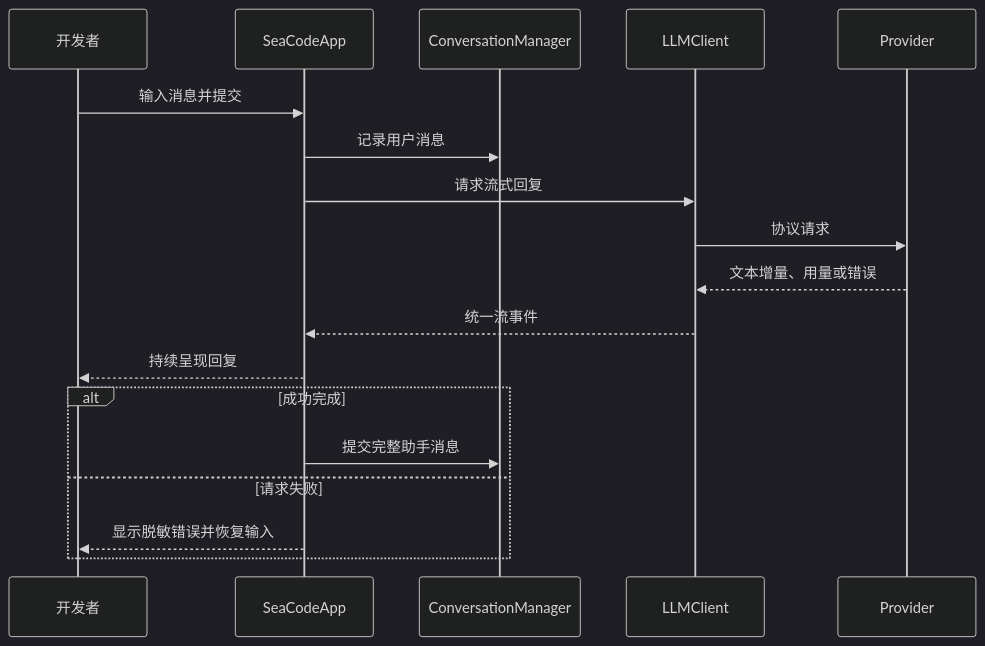
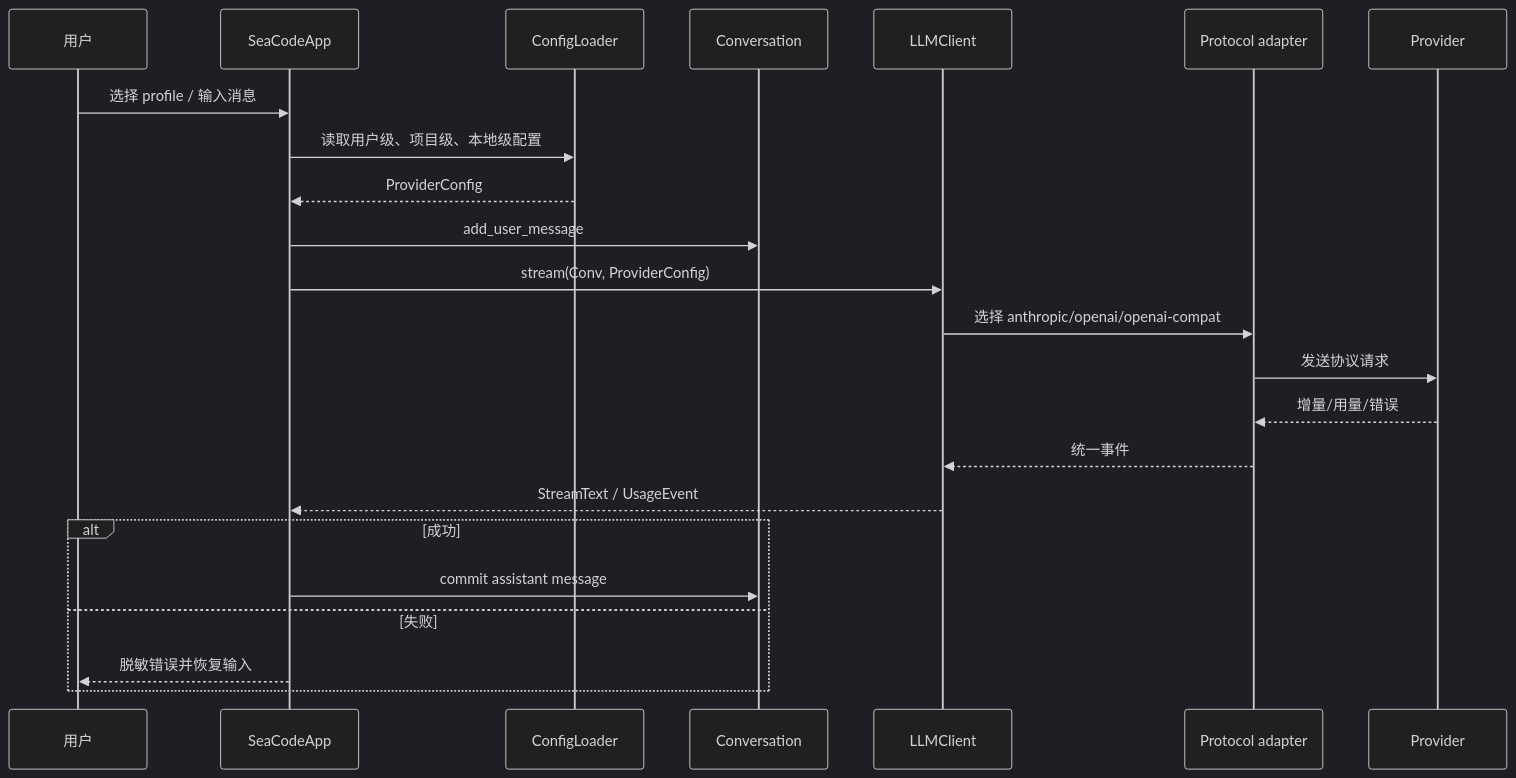
Before and after one commit to seaFall98/SeaCode: the fourth of 17 diagrams in docs-zh/Design-SeaCode.md, drawn with Mermaid (dark theme). The commit also changed other lines of this file and 10 other files, not shown here.

````diff
--- a/docs-zh/Design-SeaCode.md
+++ b/docs-zh/Design-SeaCode.md
@@ -94,21 +189,26 @@
 ```mermaid
 sequenceDiagram
-    participant U as 开发者
-    participant A as SeaCodeApp
-    participant C as ConversationManager
-    participant L as LLMClient
+    participant U as 用户
+    participant App as SeaCodeApp
+    participant Cfg as ConfigLoader
+    participant Conv as Conversation
+    participant Client as LLMClient
+    participant Adapter as Protocol adapter
     participant P as Provider
 
-    U->>A: 输入消息并提交
-    A->>C: 记录用户消息
-    A->>L: 请求流式回复
-    L->>P: 协议请求
-    P-->>L: 文本增量、用量或错误
-    L-->>A: 统一流事件
-    A-->>U: 持续呈现回复
-    alt 成功完成
-        A->>C: 提交完整助手消息
-    else 请求失败
-        A-->>U: 显示脱敏错误并恢复输入
+    U->>App: 选择 profile / 输入消息
+    App->>Cfg: 读取用户级、项目级、本地级配置
+    Cfg-->>App: ProviderConfig
+    App->>Conv: add_user_message
+    App->>Client: stream(Conv, ProviderConfig)
+    Client->>Adapter: 选择 anthropic/openai/openai-compat
+    Adapter->>P: 发送协议请求
+    P-->>Adapter: 增量/用量/错误
+    Adapter-->>Client: 统一事件
+    Client-->>App: StreamText / UsageEvent
+    alt 成功
+        App->>Conv: commit assistant message
+    else 失败
+        App-->>U: 脱敏错误并恢复输入
     end
 ```
````
